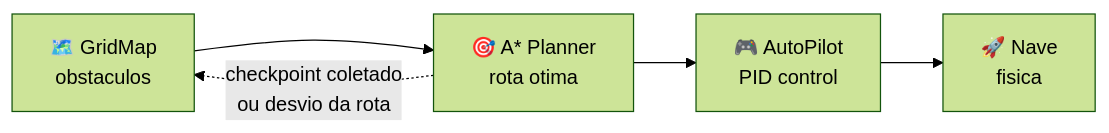
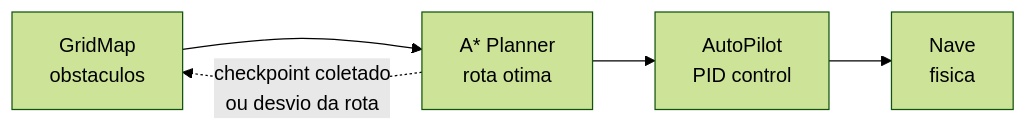
The diagram in docs/agentes/agente-heuristico.md (ClaudersonXavier/aprendizado-de-maquina-estilingue-espacial), drawn with Mermaid (forest theme) before and after one commit. The commit also changed other lines of this file and 2 other files, not shown here.

````diff
--- a/docs/agentes/agente-heuristico.md
+++ b/docs/agentes/agente-heuristico.md
@@ -15,7 +15,7 @@
 ```mermaid
 flowchart LR
-    A[🗺️ GridMap<br/>obstaculos] --> B[🎯 A* Planner<br/>rota otima]
-    B --> C[🎮 AutoPilot<br/>PID control]
-    C --> D[🚀 Nave<br/>fisica]
+    A[GridMap<br/>obstaculos] --> B[A* Planner<br/>rota otima]
+    B --> C[AutoPilot<br/>PID control]
+    C --> D[Nave<br/>fisica]
     B -.->|checkpoint coletado<br/>ou desvio da rota| A
 ```
````
